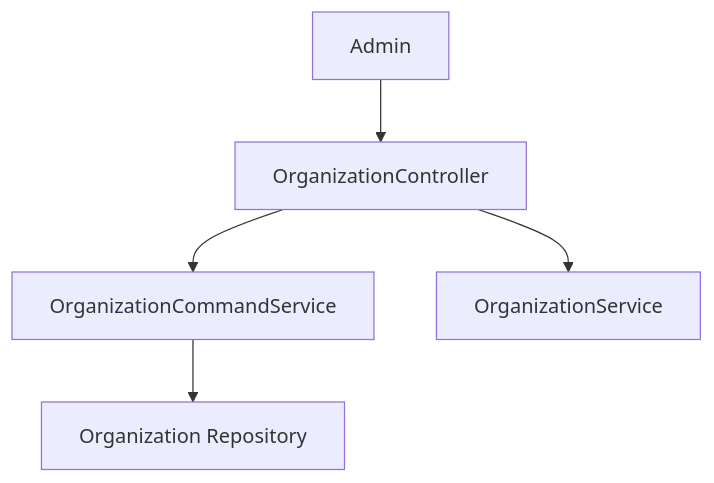
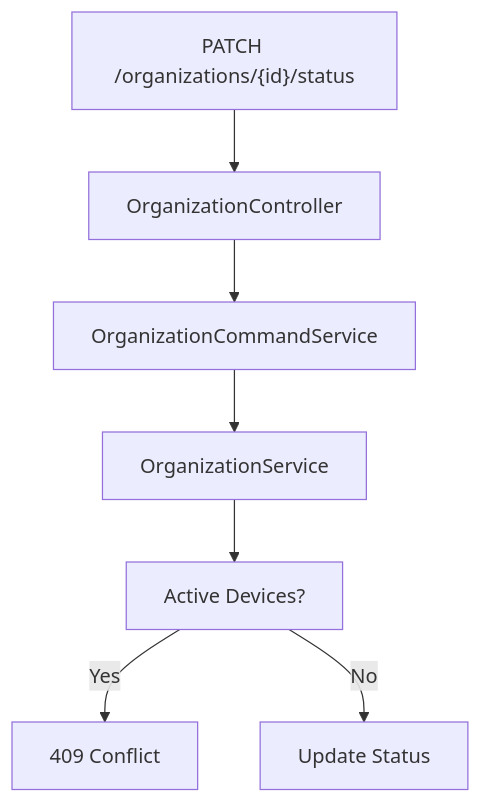
The fourth of 5 diagrams in docs/reference/architecture/api-service-core-rest-controllers/api-service-core-rest-controllers.md (flamingo-stack/openframe-oss-lib), drawn with Mermaid before and after one commit. The commit also changed other lines of this file and 1809 other files, not shown here.

````diff
--- a/docs/reference/architecture/api-service-core-rest-controllers/api-service-core-rest-controllers.md
+++ b/docs/reference/architecture/api-service-core-rest-controllers/api-service-core-rest-controllers.md
@@ -293,7 +313,9 @@
 ```mermaid
 flowchart TD
-    Admin["Admin"] --> Controller["OrganizationController"]
-    Controller --> CommandSvc["OrganizationCommandService"]
-    Controller --> DomainSvc["OrganizationService"]
-    CommandSvc --> Repo["Organization Repository"]
+    Request["PATCH /organizations/{id}/status"] --> Controller["OrganizationController"]
+    Controller --> CommandService["OrganizationCommandService"]
+    CommandService --> DomainService["OrganizationService"]
+    DomainService --> Check["Active Devices?"]
+    Check -->|"Yes"| Conflict["409 Conflict"]
+    Check -->|"No"| Update["Update Status"]
 ```
````
